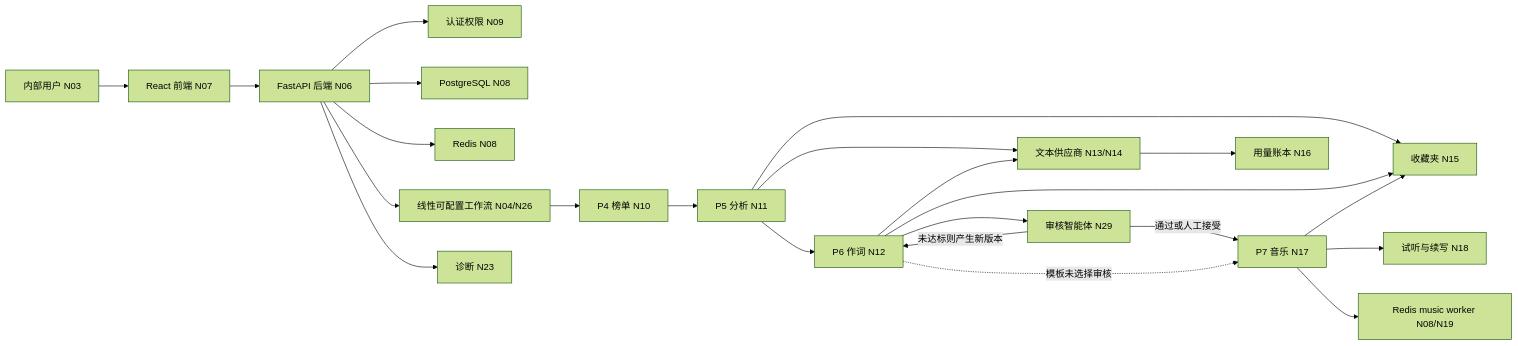
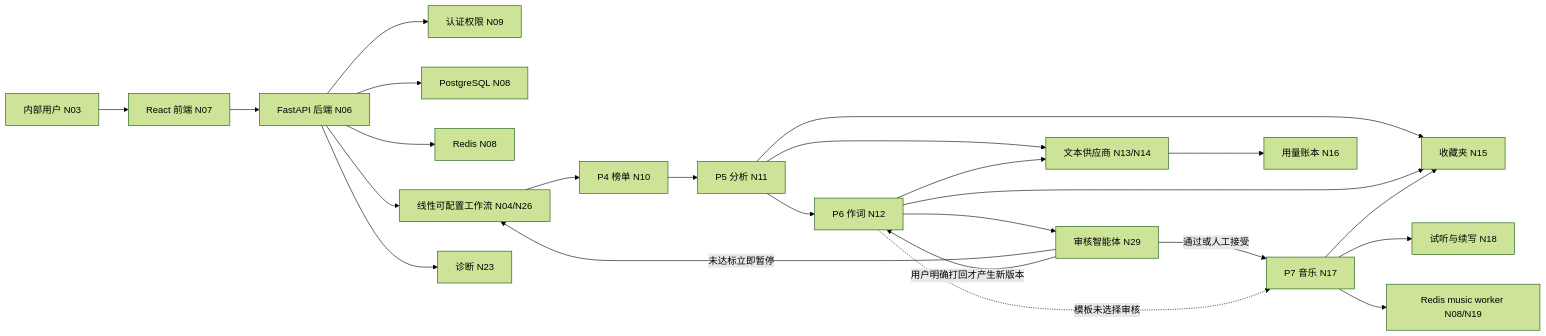
Before and after one commit to sunjiaxing520/SunJX: the diagram in docs/notes/蓝乐_当前上下文速记.md, drawn with Mermaid (forest theme). The commit also changed other lines of this file and 25 other files, not shown here.

````diff
--- a/docs/notes/蓝乐_当前上下文速记.md
+++ b/docs/notes/蓝乐_当前上下文速记.md
@@ -68,25 +68,26 @@
 ```mermaid
 flowchart LR
     User["内部用户 N03"] --> UI["React 前端 N07"]
     UI --> API["FastAPI 后端 N06"]
     API --> Auth["认证权限 N09"]
     API --> DB["PostgreSQL N08"]
     API --> Redis["Redis N08"]
     API --> Flow["线性可配置工作流 N04/N26"]
     Flow --> Rank["P4 榜单 N10"]
     Rank --> Analysis["P5 分析 N11"]
     Analysis --> Lyrics["P6 作词 N12"]
     Lyrics --> Review["审核智能体 N29"]
-    Review -->|未达标则产生新版本| Lyrics
+    Review -->|未达标立即暂停| Flow
+    Review -->|用户明确打回才产生新版本| Lyrics
     Review -->|通过或人工接受| Music["P7 音乐 N17"]
     Lyrics -.->|模板未选择审核| Music
     Music --> RedisWorker["Redis music worker N08/N19"]
     Music --> Audition["试听与续写 N18"]
     Analysis --> Favorite["收藏夹 N15"]
     Lyrics --> Favorite
     Music --> Favorite
     Analysis --> Provider["文本供应商 N13/N14"]
     Lyrics --> Provider
     Provider --> Usage["用量账本 N16"]
     API --> Diagnostics["诊断 N23"]
 ```
````
